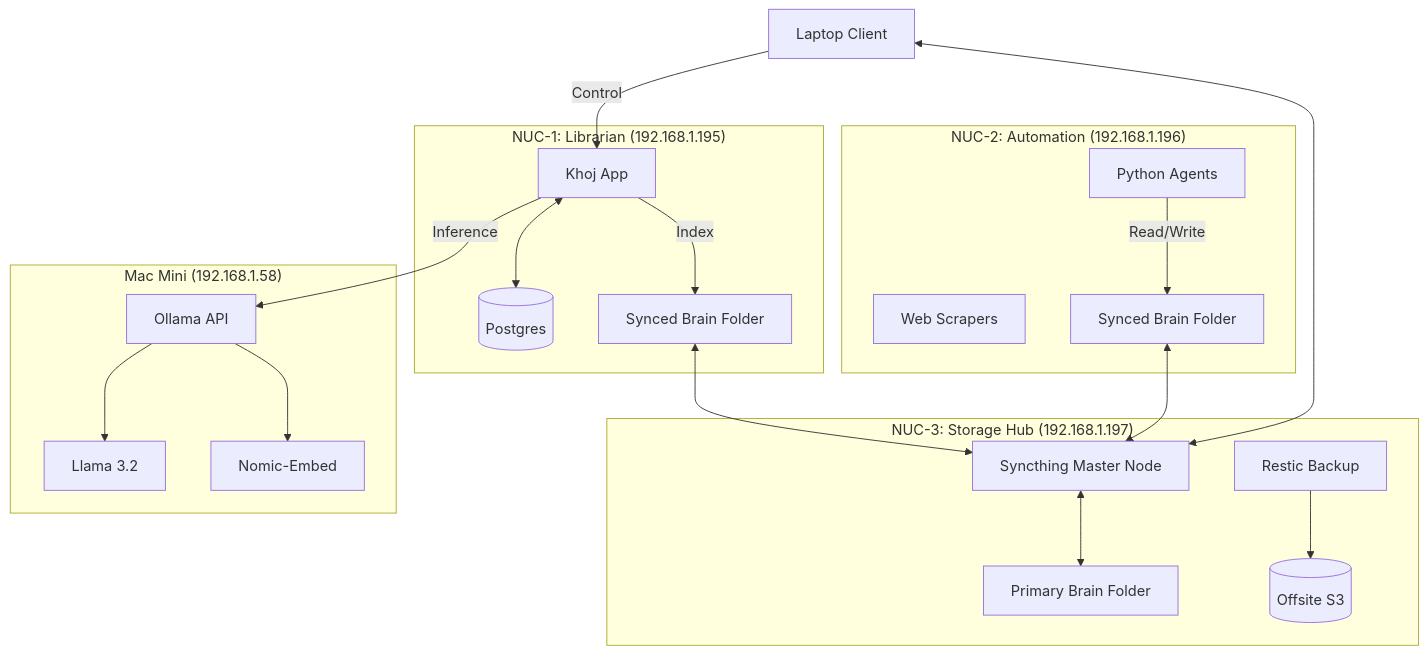
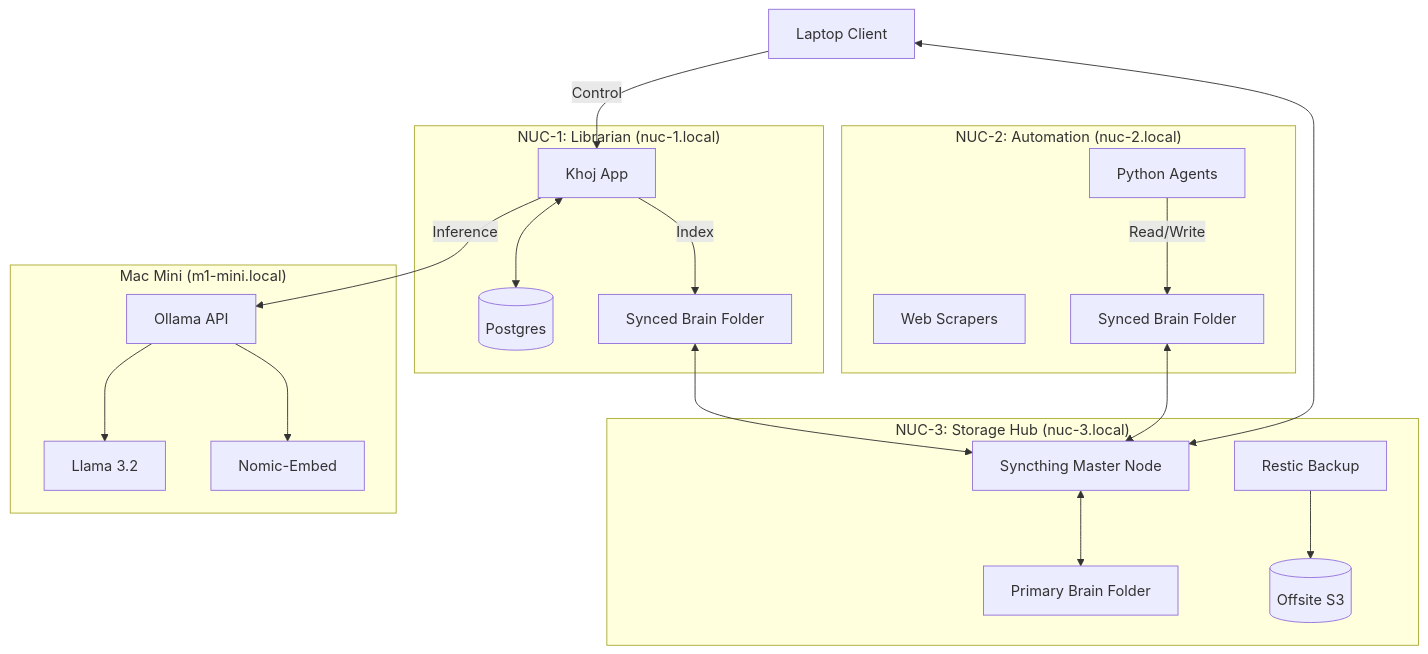
Before and after one commit to earchibald/home-brain: the diagram in charts.mmd, drawn with Mermaid. The commit also changed 41 other files, not shown here.

```diff
--- a/charts.mmd
+++ b/charts.mmd
@@ -1,38 +1,38 @@
 graph TD
-    subgraph "NUC-3: Storage Hub (192.168.1.197)"
+    subgraph "NUC-3: Storage Hub (nuc-3.local)"
         SyncMaster[Syncthing Master Node]
         Backup[Restic Backup]
         FS_Master[Primary Brain Folder]
         SyncMaster <--> FS_Master
         Backup --> S3_Cloud[(Offsite S3)]
     end
 
-    subgraph "NUC-1: Librarian (192.168.1.195)"
+    subgraph "NUC-1: Librarian (nuc-1.local)"
         Khoj[Khoj App]
         DB[(Postgres)]
         FS_NUC1[Synced Brain Folder]
         Khoj <--> DB
         Khoj -- "Index" --> FS_NUC1
         FS_NUC1 <--> SyncMaster
     end
 
-    subgraph "NUC-2: Automation (192.168.1.196)"
+    subgraph "NUC-2: Automation (nuc-2.local)"
         Agents[Python Agents]
         Scrapers[Web Scrapers]
         FS_NUC2[Synced Brain Folder]
         Agents -- "Read/Write" --> FS_NUC2
         FS_NUC2 <--> SyncMaster
     end
 
-    subgraph "Mac Mini (192.168.1.58)"
+    subgraph "Mac Mini (m1-mini.local)"
         Ollama[Ollama API]
         Llama[Llama 3.2]
         Nomic[Nomic-Embed]
         Ollama --> Llama
         Ollama --> Nomic
     end
 
     Laptop[Laptop Client]
     Laptop -- "Control" --> Khoj
     Laptop <--> SyncMaster
     Khoj -- "Inference" --> Ollama
```
